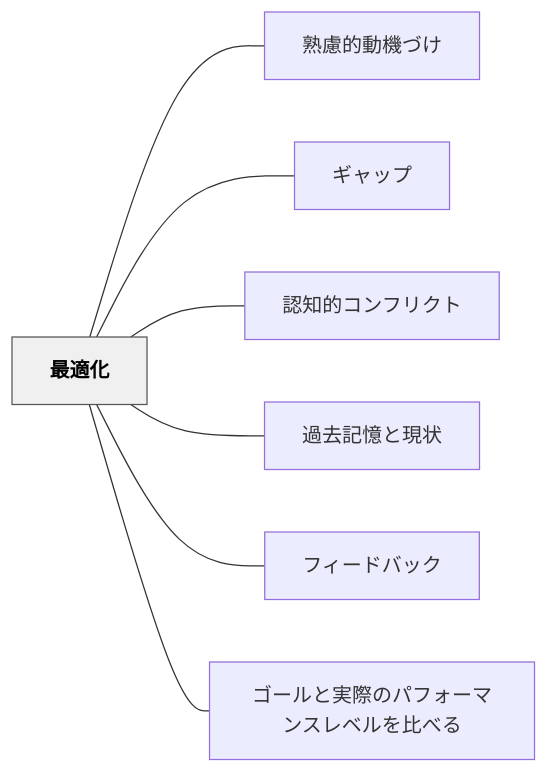
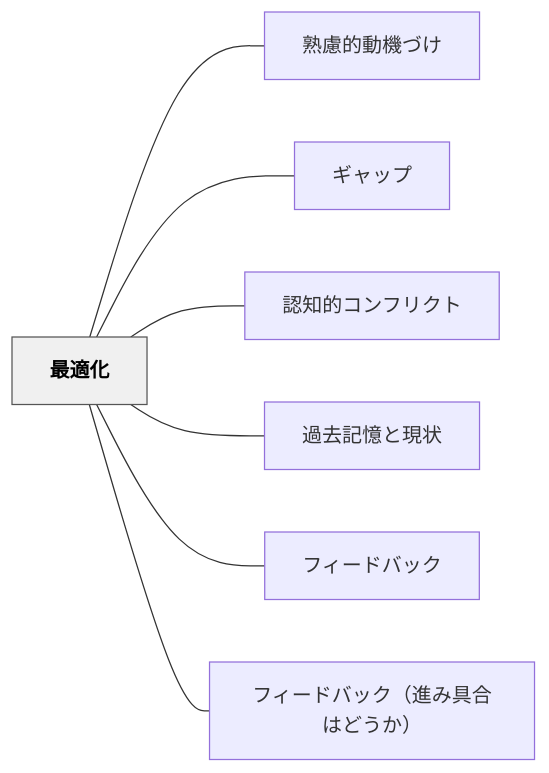
Before and after one commit to unknownthings-ed-patterns/unknownthings-ed-patterns: the diagram in content/パタン/最適化.md, drawn with Mermaid. The commit also changed other lines of this file and 5 other files, not shown here.

````diff
--- a/content/パタン/最適化.md
+++ b/content/パタン/最適化.md
@@ -37,20 +37,20 @@
 ```mermaid
 flowchart LR
     ne69c80e981a9e58c96["最適化"]
     ne7869fe685aee79a84e58b95e6a99fe381a5e38191["熟慮的動機づけ"]
     ne382aee383a3e38383e38397["ギャップ"]
     ne8aa8de79fa5e79a84e382b3e383b3e38395e383aae382afe38388["認知的コンフリクト"]
     ne9818ee58ebbe8a898e686b6e381a8e78fbee78ab6["過去記憶と現状"]
     ne38395e382a3e383bce38389e38390e38383e382af["フィードバック"]
-    ne382b4e383bce383abe381a8e5ae9fe99a9be381aee38391e38395e382a9e383bce3839ee383b3e382b9e383ace38399e383abe38292e6af94e381b9e3828b["ゴールと実際のパフォーマンスレベルを比べる"]
+    ne38395e382a3e383bce38389e38390e38383e382afefbc88e980b2e381bfe585b7e59088e381afe381a9e38186e3818befbc89["フィードバック（進み具合はどうか）"]
 
     ne69c80e981a9e58c96 --- ne7869fe685aee79a84e58b95e6a99fe381a5e38191
     ne69c80e981a9e58c96 --- ne382aee383a3e38383e38397
     ne69c80e981a9e58c96 --- ne8aa8de79fa5e79a84e382b3e383b3e38395e383aae382afe38388
     ne69c80e981a9e58c96 --- ne9818ee58ebbe8a898e686b6e381a8e78fbee78ab6
     ne69c80e981a9e58c96 --- ne38395e382a3e383bce38389e38390e38383e382af
-    ne69c80e981a9e58c96 --- ne382b4e383bce383abe381a8e5ae9fe99a9be381aee38391e38395e382a9e383bce3839ee383b3e382b9e383ace38399e383abe38292e6af94e381b9e3828b
+    ne69c80e981a9e58c96 --- ne38395e382a3e383bce38389e38390e38383e382afefbc88e980b2e381bfe585b7e59088e381afe381a9e38186e3818befbc89
 
     classDef hub fill:#f0f0f0,stroke:#555,color:#000,font-weight:bold
     class ne69c80e981a9e58c96 hub
 ```
````
